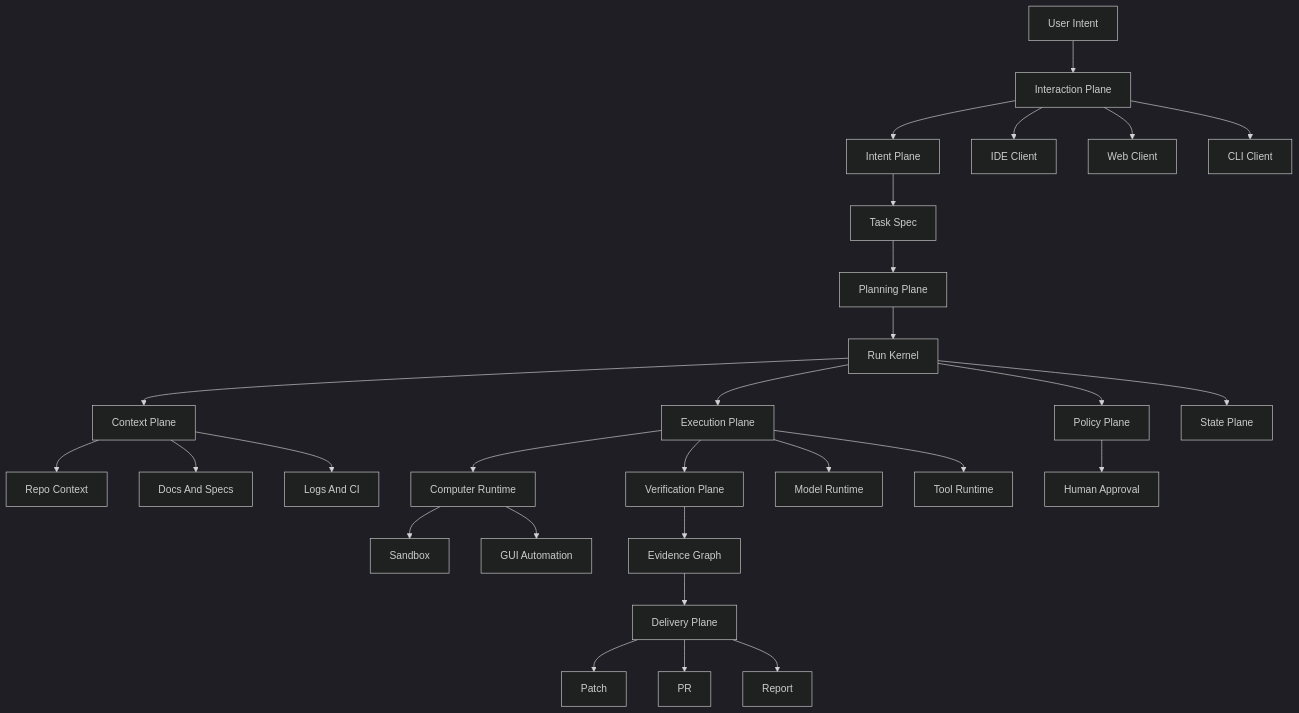
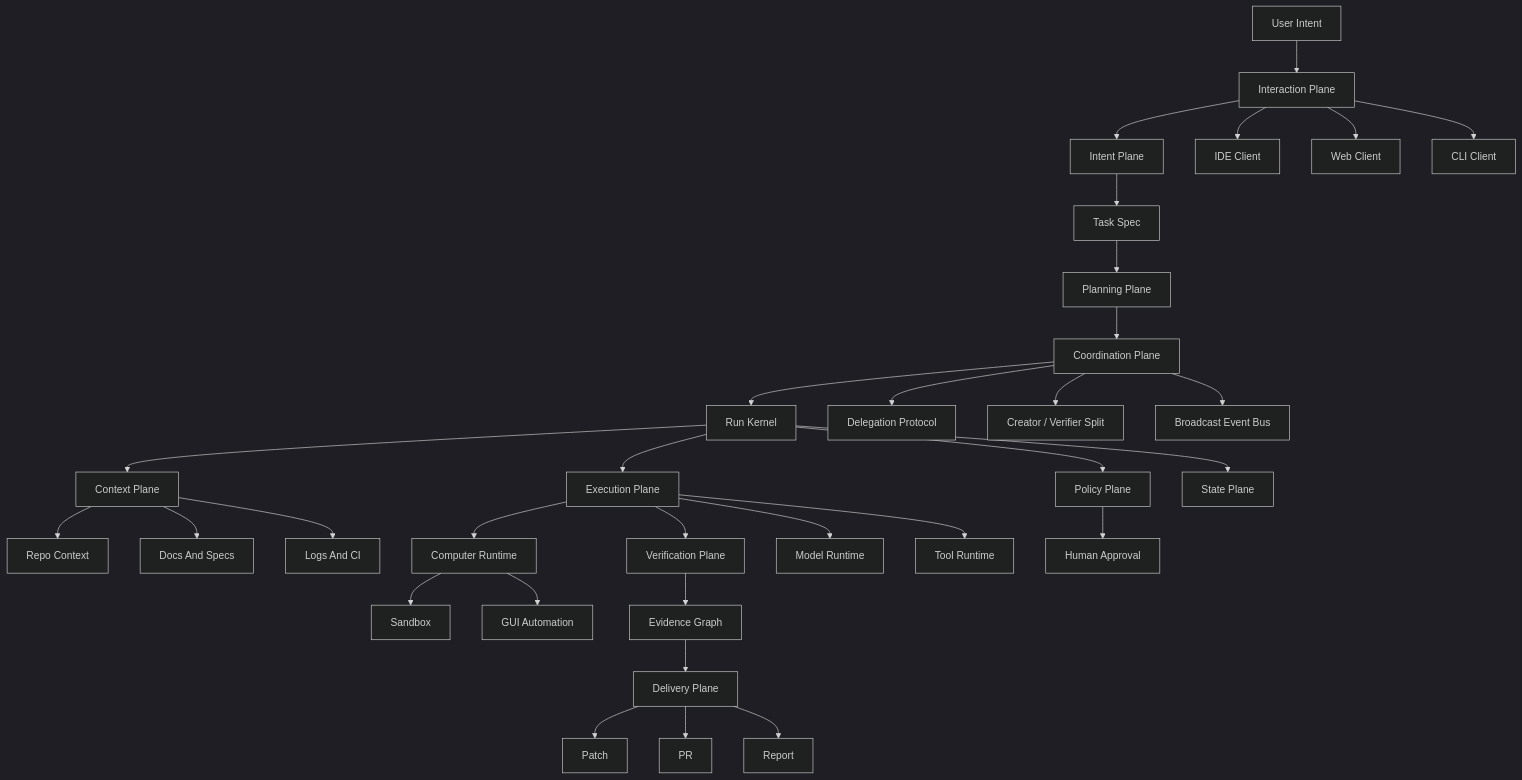
Before and after one commit to nanyang12138/agentic-engineering-os-research: the diagram in .cursor/plans/agentic-control-plane.plan.md, drawn with Mermaid (dark theme). The commit also changed other lines of this file and 3 other files, not shown here.

First line of the commit message:
Cursor/os kernel coordination plan 20260514 (#82)

````diff
--- a/.cursor/plans/agentic-control-plane.plan.md
+++ b/.cursor/plans/agentic-control-plane.plan.md
@@ -182,34 +276,38 @@
 ```mermaid
 flowchart TD
   userInput["User Intent"] --> interactionLayer["Interaction Plane"]
   interactionLayer --> intentPlane["Intent Plane"]
   intentPlane --> specPlane["Task Spec"]
   specPlane --> planningPlane["Planning Plane"]
-  planningPlane --> controlPlane["Run Kernel"]
+  planningPlane --> coordinationLayer["Coordination Plane"]
+  coordinationLayer --> controlPlane["Run Kernel"]
   controlPlane --> contextLayer["Context Plane"]
   controlPlane --> executionLayer["Execution Plane"]
   controlPlane --> policyPlane["Policy Plane"]
   controlPlane --> stateStore["State Plane"]
   executionLayer --> computerRuntime["Computer Runtime"]
   executionLayer --> verificationLayer["Verification Plane"]
   verificationLayer --> evidenceGraph["Evidence Graph"]
   evidenceGraph --> deliveryLayer["Delivery Plane"]
 
   interactionLayer --> ideClient["IDE Client"]
   interactionLayer --> webClient["Web Client"]
   interactionLayer --> cliClient["CLI Client"]
 
   contextLayer --> repoContext["Repo Context"]
   contextLayer --> docsContext["Docs And Specs"]
   contextLayer --> logsContext["Logs And CI"]
 
   executionLayer --> modelRuntime["Model Runtime"]
   executionLayer --> toolRuntime["Tool Runtime"]
+  coordinationLayer --> delegationProtocol["Delegation Protocol"]
+  coordinationLayer --> creatorVerifier["Creator / Verifier Split"]
+  coordinationLayer --> eventBus["Broadcast Event Bus"]
   computerRuntime --> sandboxRuntime["Sandbox"]
   computerRuntime --> guiRuntime["GUI Automation"]
   policyPlane --> humanGate["Human Approval"]
 
   deliveryLayer --> patchArtifact["Patch"]
   deliveryLayer --> prArtifact["PR"]
   deliveryLayer --> reportArtifact["Report"]
 ```
````
